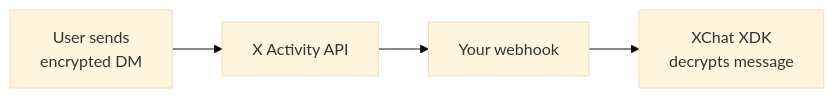
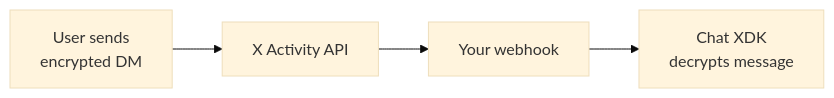
One commit to xdevplatform/docs changed the diagram in xchat/real-time-events.mdx. Above: the diagram before and after it, drawn with Mermaid (base theme). The commit also changed other lines of this file and 10 other files, not shown here.

First line of the commit message:
Rename XChat to Chat throughout documentation

````diff
--- a/xchat/real-time-events.mdx
+++ b/xchat/real-time-events.mdx
@@ -15,4 +15,4 @@
 ```mermaid actions={false}
 flowchart LR
-    A["User sends<br/>encrypted DM"] --> B["X Activity API"] --> C["Your webhook"] --> D["XChat XDK<br/>decrypts message"]
+    A["User sends<br/>encrypted DM"] --> B["X Activity API"] --> C["Your webhook"] --> D["Chat XDK<br/>decrypts message"]
 ```
````
